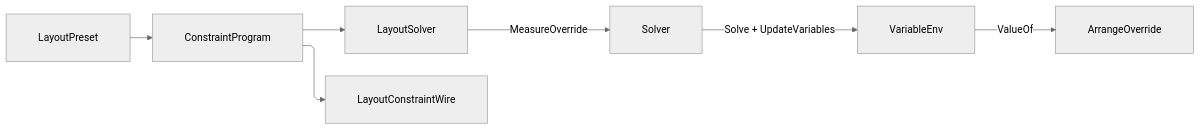
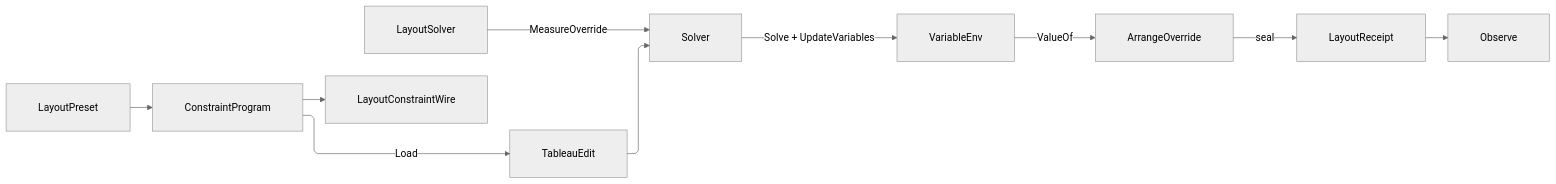
One commit to bsamiee/Rasm changed the diagram in libs/csharp/Rasm.AppUi/.planning/Shell/solver.md. Above: the diagram before and after it, drawn with Mermaid (neutral theme). The commit also changed other lines of this file and 693 other files, not shown here.

````diff
--- a/libs/csharp/Rasm.AppUi/.planning/Shell/solver.md
+++ b/libs/csharp/Rasm.AppUi/.planning/Shell/solver.md
@@ -570,16 +678,21 @@
 ```mermaid
 ---
 config:
   layout: elk
   flowchart:
     curve: linear
     padding: 25
 ---
 flowchart LR
+    accTitle: Constraint layout solve spine
+    accDescr: A layout preset lowering into a constraint program the solver loads as a tableau delta, the variable environment resolving the values arrange reads, arrange sealing the pass receipt onto the evidence column, and the same program projecting the layout-constraint wire.
     LayoutPreset --> ConstraintProgram
-    ConstraintProgram --> LayoutSolver
+    ConstraintProgram -->|Load| TableauEdit
+    TableauEdit --> Solver
     LayoutSolver -->|MeasureOverride| Solver
     Solver -->|Solve + UpdateVariables| VariableEnv
     VariableEnv -->|ValueOf| ArrangeOverride
+    ArrangeOverride -->|seal| LayoutReceipt
+    LayoutReceipt --> Observe
     ConstraintProgram --> LayoutConstraintWire
 ```
````
